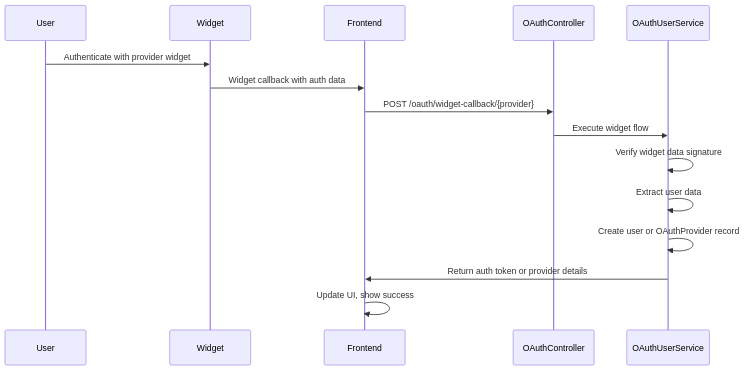
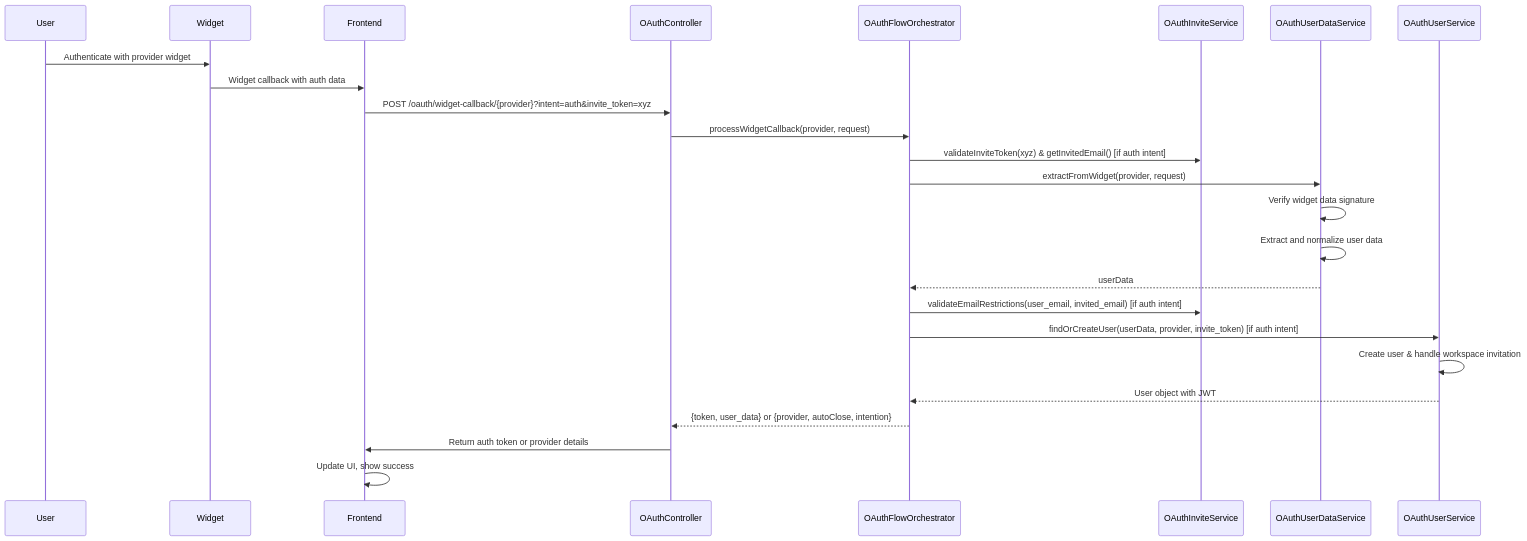
The fifth of 5 diagrams in docs/contributing/new-integration.mdx (JhumanJ/OpnForm), drawn with Mermaid before and after one commit. The commit also changed other lines of this file and 13 other files, not shown here.

````diff
--- a/docs/contributing/new-integration.mdx
+++ b/docs/contributing/new-integration.mdx
@@ -343,18 +565,28 @@
 ```mermaid
 sequenceDiagram
     participant U as User
     participant W as Widget
     participant F as Frontend
     participant API as OAuthController
+    participant Orch as OAuthFlowOrchestrator
+    participant Inv as OAuthInviteService
+    participant UD as OAuthUserDataService
     participant US as OAuthUserService
 
     U->>W: Authenticate with provider widget
     W->>F: Widget callback with auth data
-    F->>API: POST /oauth/widget-callback/{provider}
-    API->>US: Execute widget flow
-    US->>US: Verify widget data signature
-    US->>US: Extract user data
-    US->>US: Create user or OAuthProvider record
-    US->>F: Return auth token or provider details
+    F->>API: POST /oauth/widget-callback/{provider}?intent=auth&invite_token=xyz
+    API->>Orch: processWidgetCallback(provider, request)
+    Orch->>Inv: validateInviteToken(xyz) & getInvitedEmail() [if auth intent]
+    Orch->>UD: extractFromWidget(provider, request)
+    UD->>UD: Verify widget data signature
+    UD->>UD: Extract and normalize user data
+    UD-->>Orch: userData
+    Orch->>Inv: validateEmailRestrictions(user_email, invited_email) [if auth intent]
+    Orch->>US: findOrCreateUser(userData, provider, invite_token) [if auth intent]
+    US->>US: Create user & handle workspace invitation
+    US-->>Orch: User object with JWT
+    Orch-->>API: {token, user_data} or {provider, autoClose, intention}
+    API->>F: Return auth token or provider details
     F->>F: Update UI, show success
 ```
````
